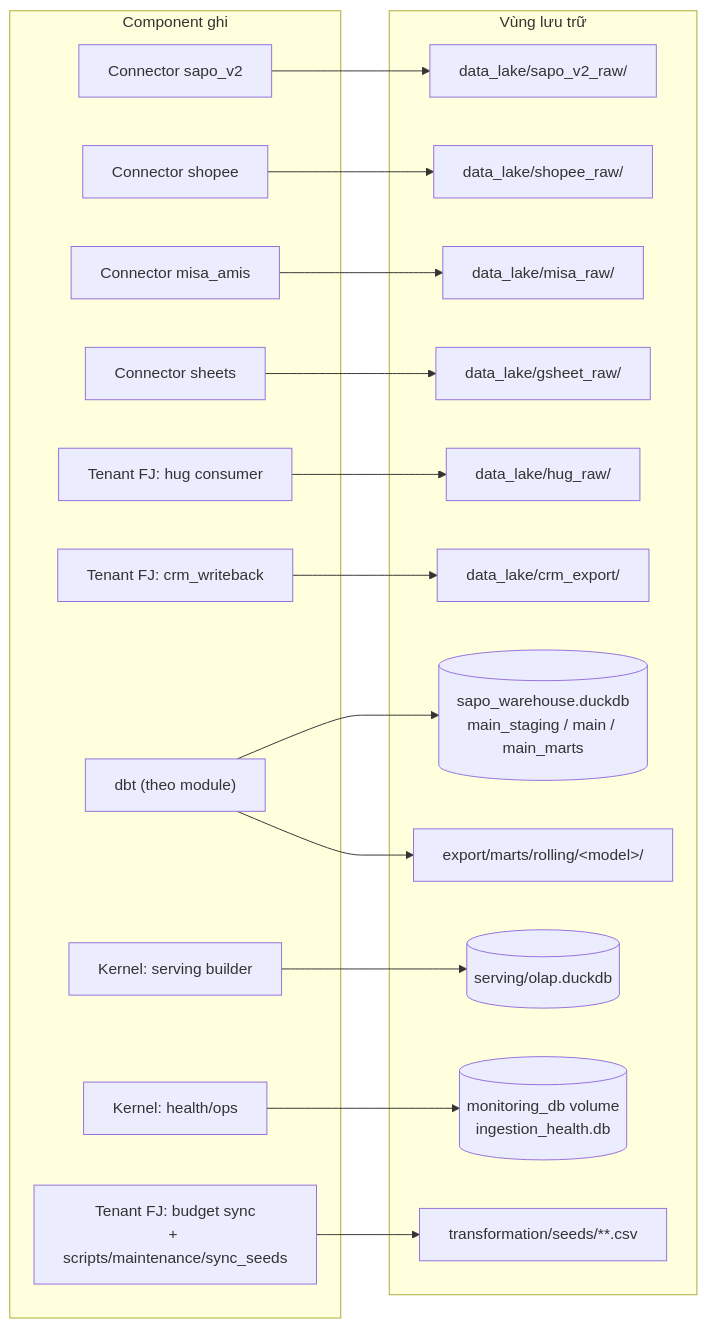
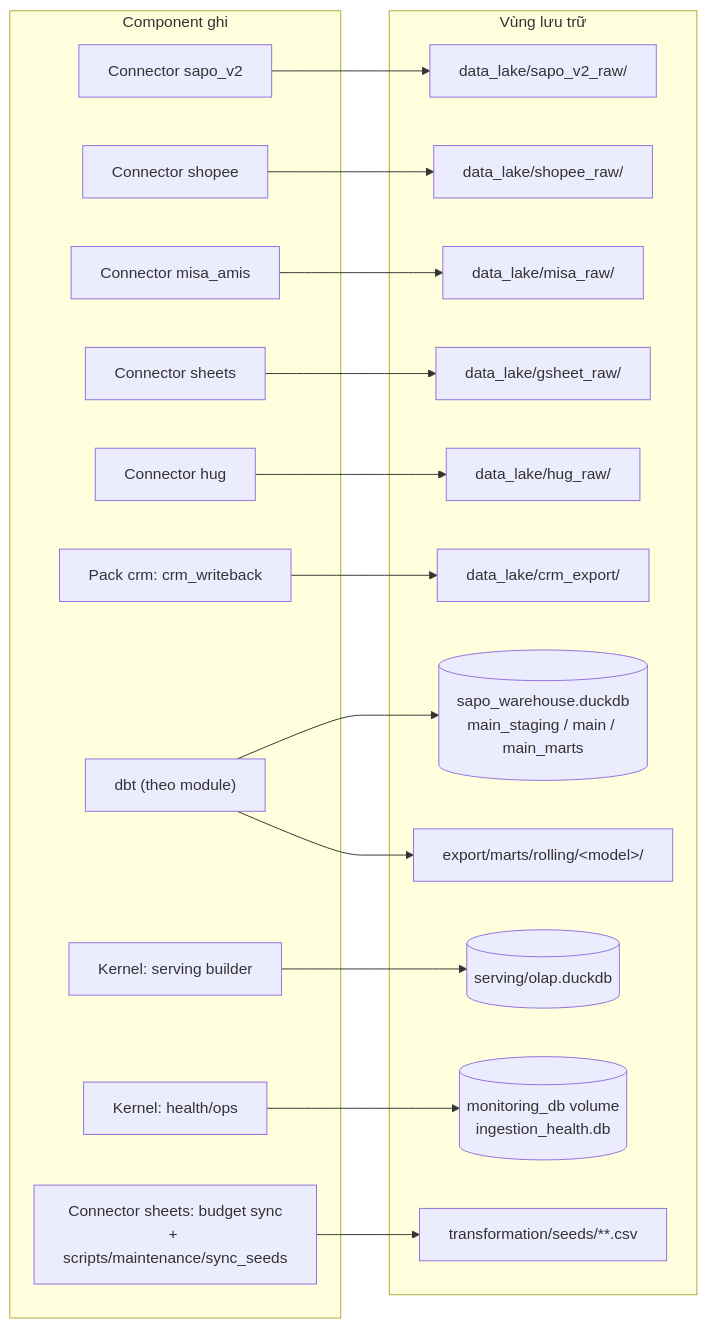
Before and after one commit to vantt/data-integration: the second of 13 diagrams in docs/architecture/modules.md, drawn with Mermaid. The commit also changed other lines of this file and 149 other files, not shown here.

````diff
--- a/docs/architecture/modules.md
+++ b/docs/architecture/modules.md
@@ -99,39 +108,39 @@
 ```mermaid
 flowchart LR
     subgraph WRITERS["Component ghi"]
         W1[Connector sapo_v2]
         W2[Connector shopee]
         W3[Connector misa_amis]
         W4[Connector sheets]
-        W5["Tenant FJ: hug consumer"]
-        W6["Tenant FJ: crm_writeback"]
+        W5["Connector hug"]
+        W6["Pack crm: crm_writeback"]
         W7["dbt (theo module)"]
         W8["Kernel: serving builder"]
         W9["Kernel: health/ops"]
-        W10["Tenant FJ: budget sync<br/>+ scripts/maintenance/sync_seeds"]
+        W10["Connector sheets: budget sync<br/>+ scripts/maintenance/sync_seeds"]
     end
     subgraph STORE["Vùng lưu trữ"]
         S1["data_lake/sapo_v2_raw/"]
         S2["data_lake/shopee_raw/"]
         S3["data_lake/misa_raw/"]
         S4["data_lake/gsheet_raw/"]
         S5["data_lake/hug_raw/"]
         S6["data_lake/crm_export/"]
         S7[("sapo_warehouse.duckdb<br/>main_staging / main / main_marts")]
         S8["export/marts/rolling/&lt;model&gt;/"]
         S9[("serving/olap.duckdb")]
         S10[("monitoring_db volume<br/>ingestion_health.db")]
         S11["transformation/seeds/**.csv"]
     end
     W1 --> S1
     W2 --> S2
     W3 --> S3
     W4 --> S4
     W5 --> S5
     W6 --> S6
     W7 --> S7
     W7 --> S8
     W8 --> S9
     W9 --> S10
     W10 --> S11
 ```
````
